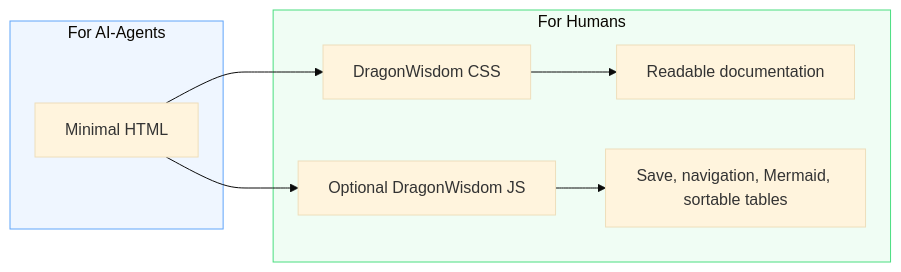
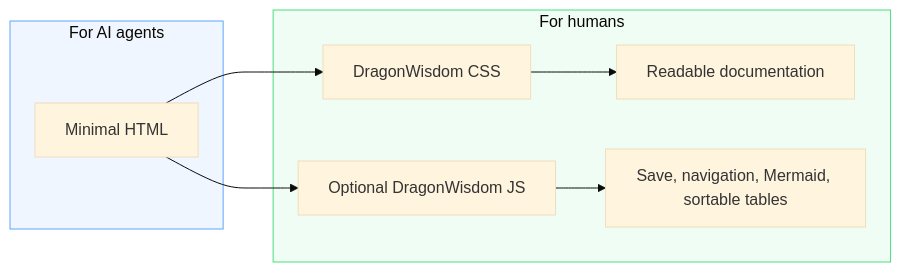
One commit to Sharaal/dragonwisdom changed the diagram in README.md. Above: the diagram before and after it, drawn with Mermaid (base theme). The commit also changed other lines of this file and 2 other files, not shown here.

Commit message:
chore: More polishing

````diff
--- a/README.md
+++ b/README.md
@@ -26,18 +26,18 @@
 ```mermaid
 flowchart LR
-  subgraph agents[For AI-Agents]
+  subgraph agents[For AI agents]
     A[Minimal HTML]
   end
-  subgraph humans[For Humans]
+  subgraph humans[For humans]
     B[DragonWisdom CSS]
     C[Readable documentation]
     D[Optional DragonWisdom JS]
     E[Save, navigation, Mermaid, sortable tables]
   end
   A --> B
   B --> C
   A --> D
   D --> E
   style agents fill:#eff6ff,stroke:#60a5fa
   style humans fill:#f0fdf4,stroke:#4ade80
 ```
````
